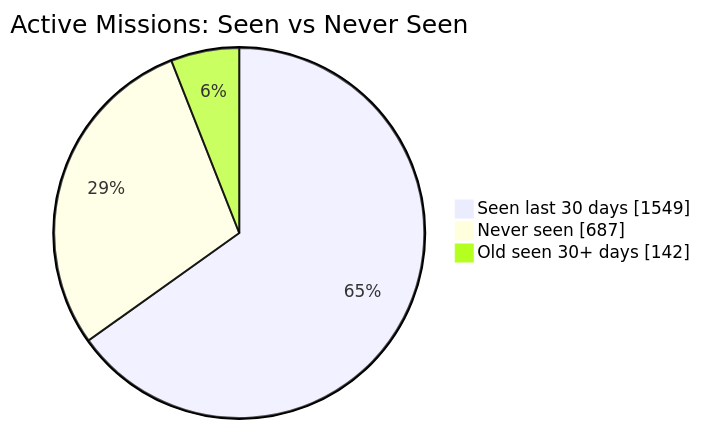
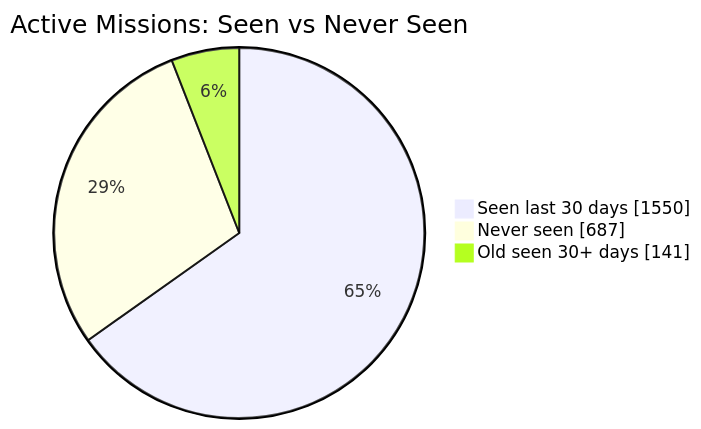
The first of 2 diagrams in README.md (MeldkamerspelGameTeam/active-missions), drawn with Mermaid before and after one commit. The commit also changed other lines of this file and 2 other files, not shown here.

````diff
--- a/README.md
+++ b/README.md
@@ -34,7 +34,7 @@
 ```mermaid
 pie showData
     title Active Missions: Seen vs Never Seen
-    "Seen last 30 days" : 1549
+    "Seen last 30 days" : 1550
     "Never seen" : 687
-    "Old seen 30+ days" : 142
+    "Old seen 30+ days" : 141
 ```
````
